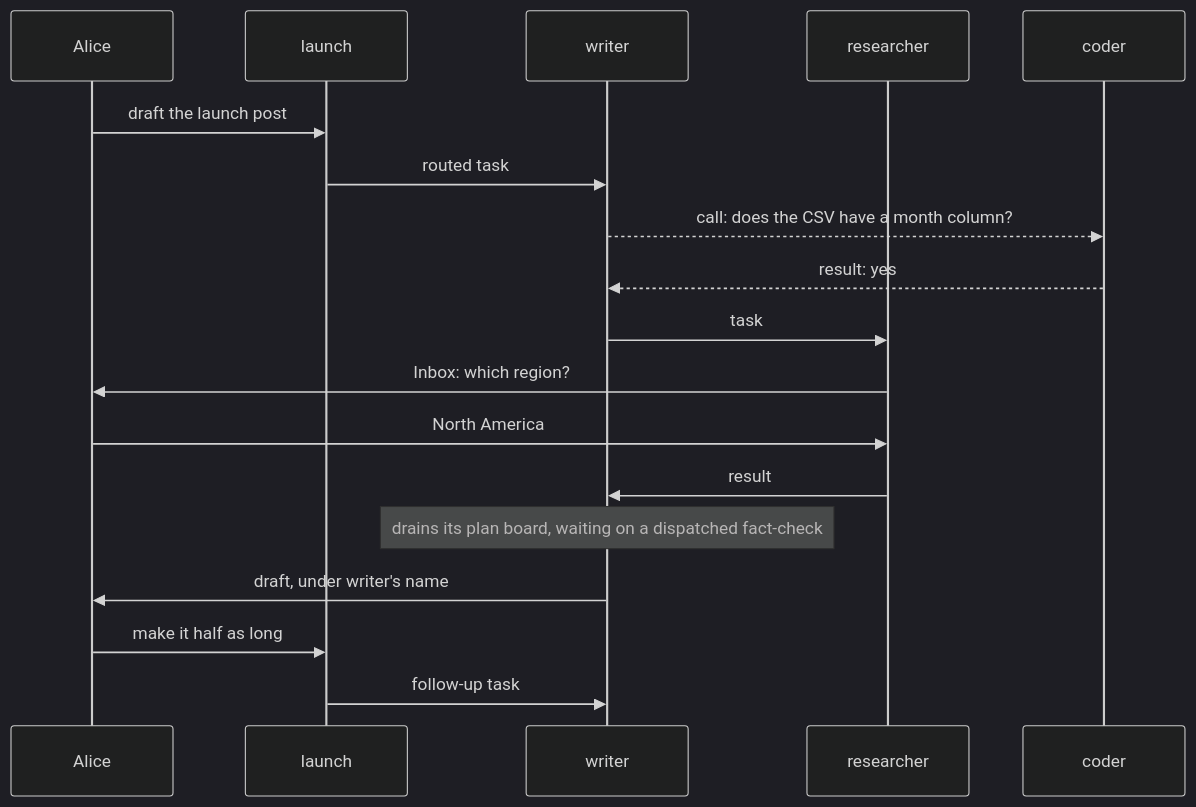
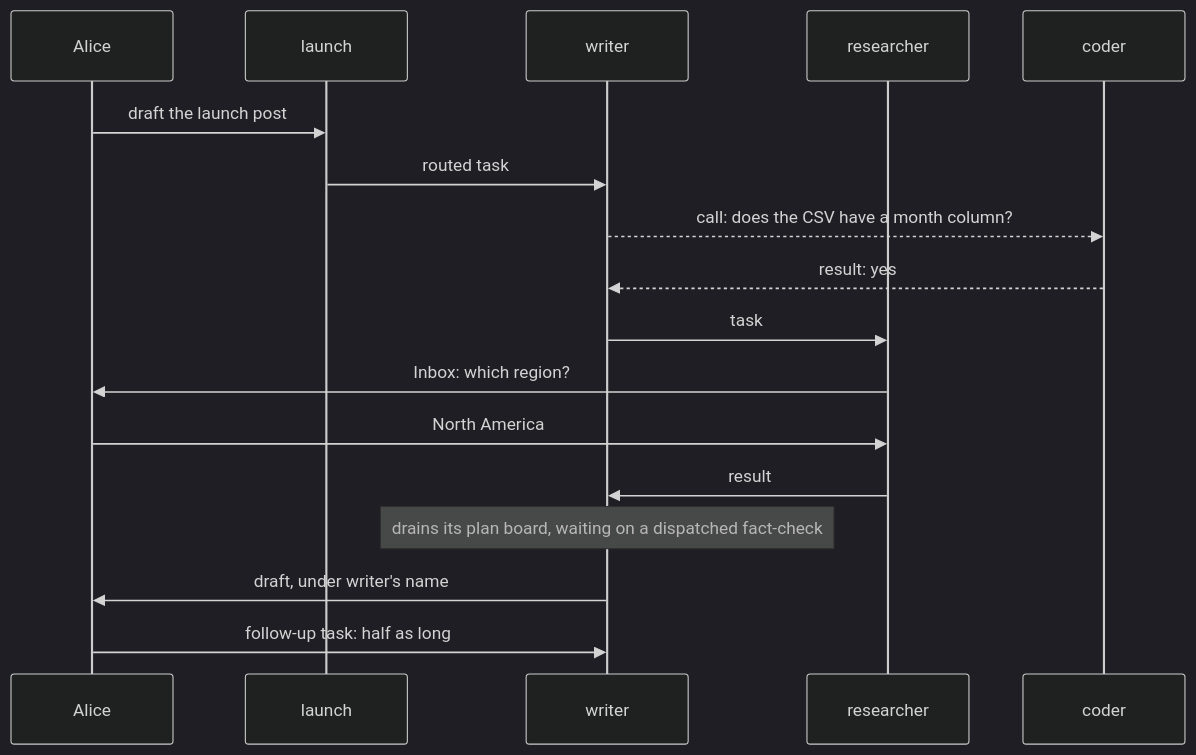
The second of 2 diagrams in docs/internal/design/workforce-coordination-concept.md (fixpoint-labs/flow-state-dev), drawn with Mermaid (dark theme) before and after one commit. The commit also changed other lines of this file, not shown here.

````diff
--- a/docs/internal/design/workforce-coordination-concept.md
+++ b/docs/internal/design/workforce-coordination-concept.md
@@ -305,20 +358,19 @@
 ```mermaid
 sequenceDiagram
   participant Alice
   participant launch
   participant writer
   participant researcher
   participant coder
   Alice->>launch: draft the launch post
   launch->>writer: routed task
   writer-->>coder: call: does the CSV have a month column?
   coder-->>writer: result: yes
   writer->>researcher: task
   researcher->>Alice: Inbox: which region?
   Alice->>researcher: North America
   researcher->>writer: result
   Note over writer: drains its plan board, waiting on a dispatched fact-check
   writer->>Alice: draft, under writer's name
-  Alice->>launch: make it half as long
-  launch->>writer: follow-up task
+  Alice->>writer: follow-up task: half as long
 ```
````
